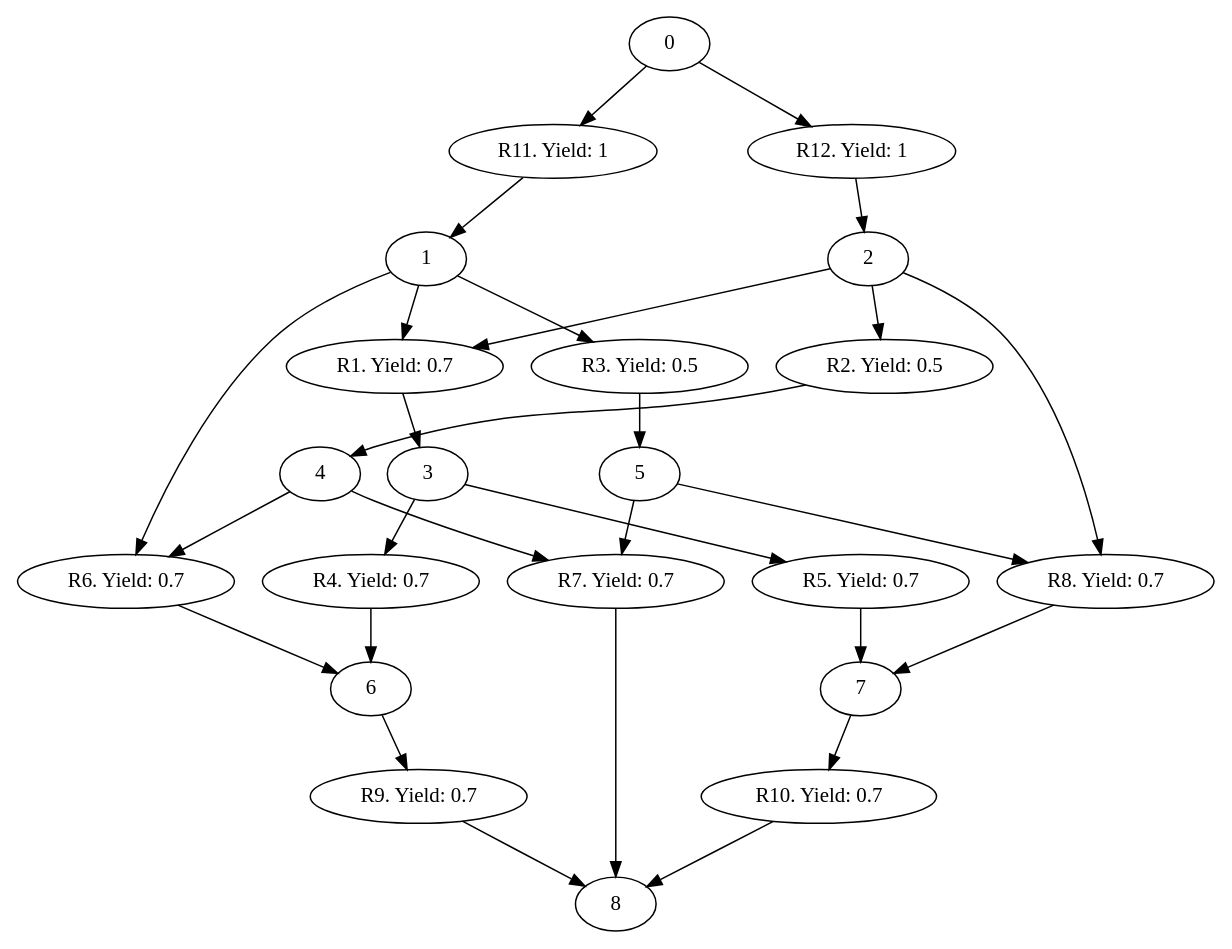
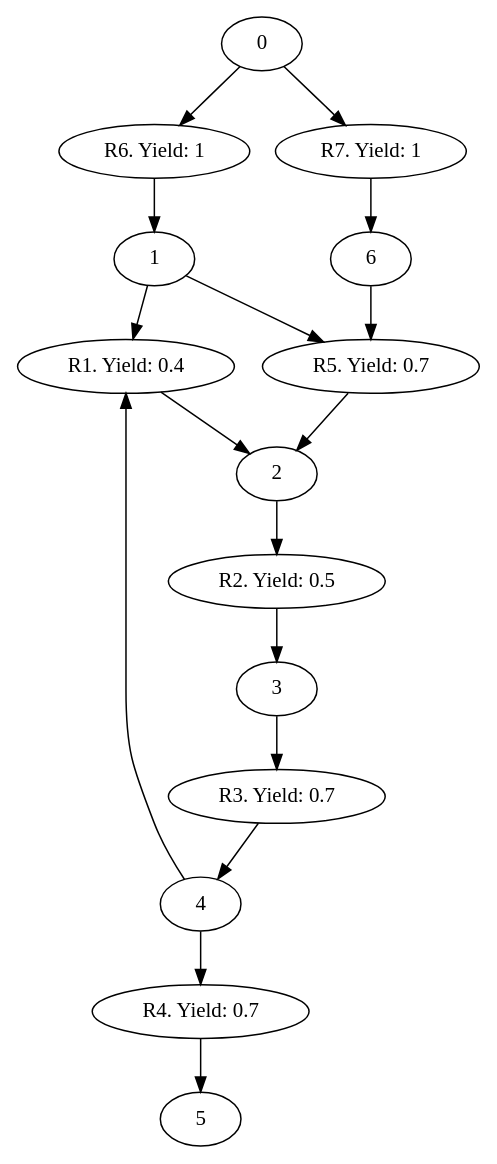
One commit to hschu12/Speciale changed the diagram in src/Graph.gv. Above: the diagram before and after it, drawn with Graphviz. The commit also changed 4 other files, not shown here.

Commit message:
Nielsen working on graph with cycle. If cycles is present and no solution it outputs no solution insted of segmentation fault

```diff
--- a/src/Graph.gv
+++ b/src/Graph.gv
@@ -1,44 +1,27 @@
 digraph G { 
 {
-	R1 [label = "R1. Yield: 0.7"]
+	R1 [label = "R1. Yield: 0.4"]
 	R2 [label = "R2. Yield: 0.5"]
-	R3 [label = "R3. Yield: 0.5"]
+	R3 [label = "R3. Yield: 0.7"]
 	R4 [label = "R4. Yield: 0.7"]
 	R5 [label = "R5. Yield: 0.7"]
-	R6 [label = "R6. Yield: 0.7"]
-	R7 [label = "R7. Yield: 0.7"]
-	R8 [label = "R8. Yield: 0.7"]
-	R9 [label = "R9. Yield: 0.7"]
-	R10 [label = "R10. Yield: 0.7"]
-	R11 [label = "R11. Yield: 1"]
-	R12 [label = "R12. Yield: 1"]
+	R6 [label = "R6. Yield: 1"]
+	R7 [label = "R7. Yield: 1"]
 }
-	R1 -> 3;
+	R1 -> 2;
 	1 -> R1;
-	2 -> R1;
-	R2 -> 4;
+	4 -> R1;
+	R2 -> 3;
 	2 -> R2;
-	R3 -> 5;
-	1 -> R3;
-	R4 -> 6;
-	3 -> R4;
-	R5 -> 7;
-	3 -> R5;
-	R6 -> 6;
-	1 -> R6;
-	4 -> R6;
-	R7 -> 8;
-	4 -> R7;
-	5 -> R7;
-	R8 -> 7;
-	2 -> R8;
-	5 -> R8;
-	R9 -> 8;
-	6 -> R9;
-	R10 -> 8;
-	7 -> R10;
-	R11 -> 1;
-	0 -> R11;
-	R12 -> 2;
-	0 -> R12;
+	R3 -> 4;
+	3 -> R3;
+	R4 -> 5;
+	4 -> R4;
+	R5 -> 2;
+	1 -> R5;
+	6 -> R5;
+	R6 -> 1;
+	0 -> R6;
+	R7 -> 6;
+	0 -> R7;
 }
```
